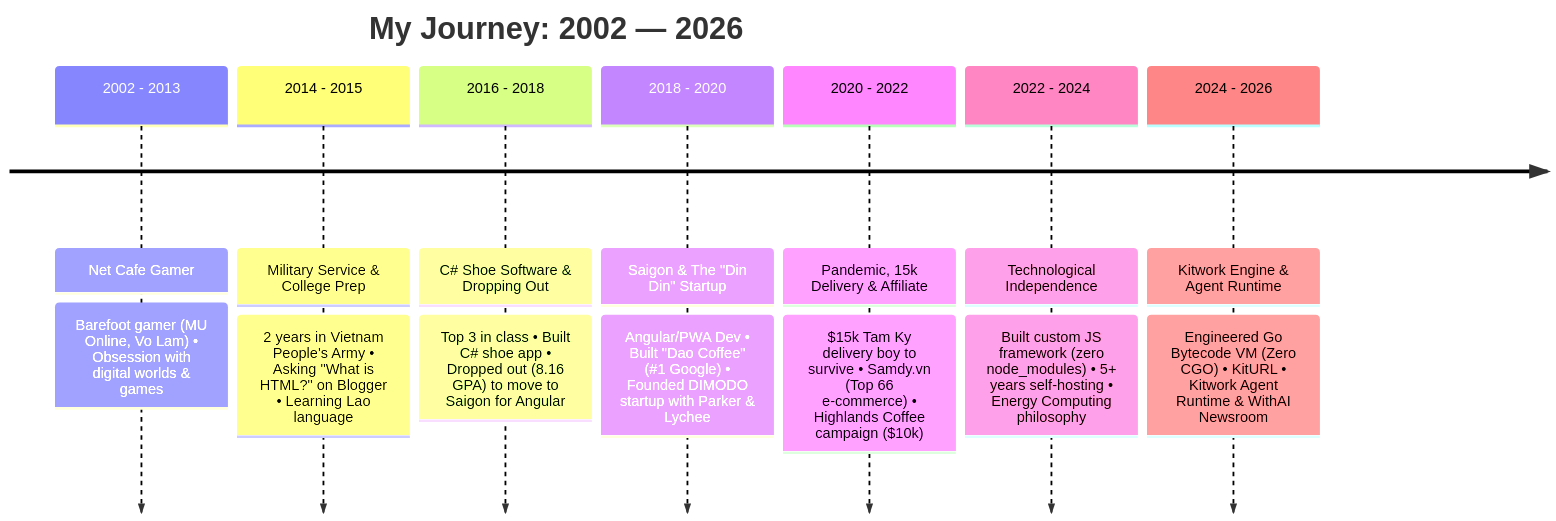
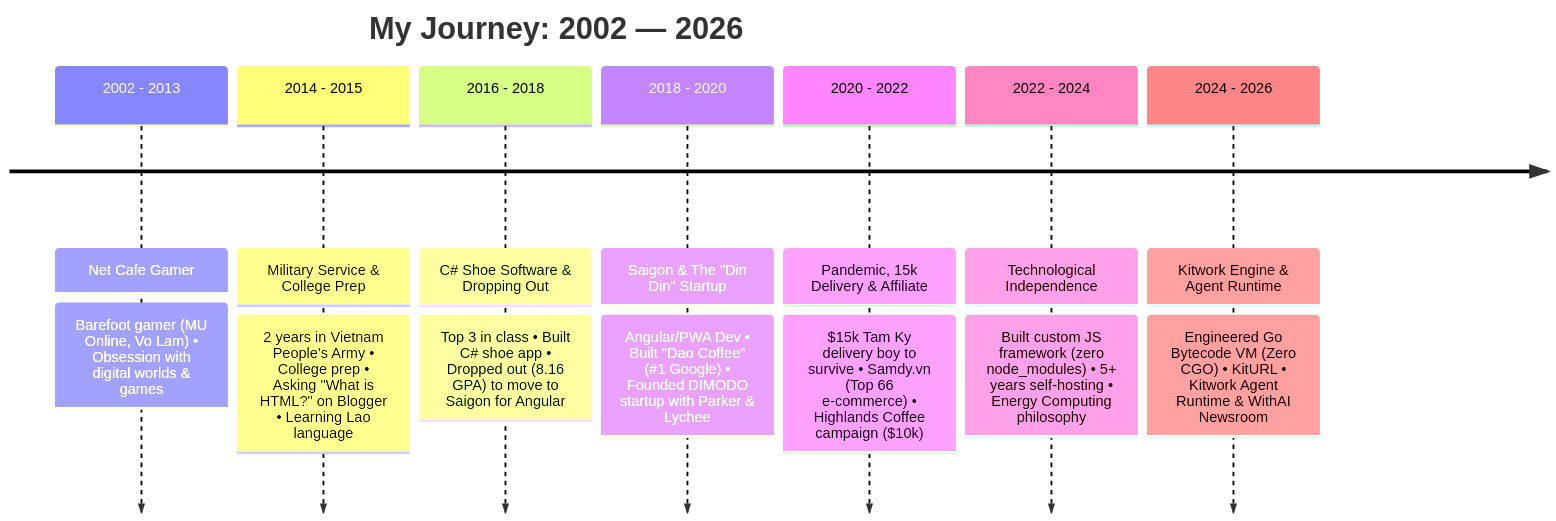
The diagram in README.md (huynhnhanquoc/huynhnhanquoc), drawn with Mermaid before and after one commit. The commit also changed other lines of this file and 1 other file, not shown here.

````diff
--- a/README.md
+++ b/README.md
@@ -20,11 +20,11 @@
 ```mermaid
 timeline
     title My Journey: 2002 — 2026
     2002 - 2013 : Net Cafe Gamer : Barefoot gamer (MU Online, Vo Lam) • Obsession with digital worlds & games
-    2014 - 2015 : Military Service & College Prep : 2 years in Vietnam People's Army • Asking "What is HTML?" on Blogger • Learning Lao language
+    2014 - 2015 : Military Service & College Prep : 2 years in Vietnam People's Army • College prep • Asking "What is HTML?" on Blogger • Learning Lao language
     2016 - 2018 : C# Shoe Software & Dropping Out : Top 3 in class • Built C# shoe app • Dropped out (8.16 GPA) to move to Saigon for Angular
     2018 - 2020 : Saigon & The "Din Din" Startup : Angular/PWA Dev • Built "Dao Coffee" (#1 Google) • Founded DIMODO startup with Parker & Lychee
     2020 - 2022 : Pandemic, 15k Delivery & Affiliate : $15k Tam Ky delivery boy to survive • Samdy.vn (Top 66 e-commerce) • Highlands Coffee campaign ($10k)
     2022 - 2024 : Technological Independence : Built custom JS framework (zero node_modules) • 5+ years self-hosting • Energy Computing philosophy
     2024 - 2026 : Kitwork Engine & Agent Runtime : Engineered Go Bytecode VM (Zero CGO) • KitURL • Kitwork Agent Runtime & WithAI Newsroom
 ```
````
